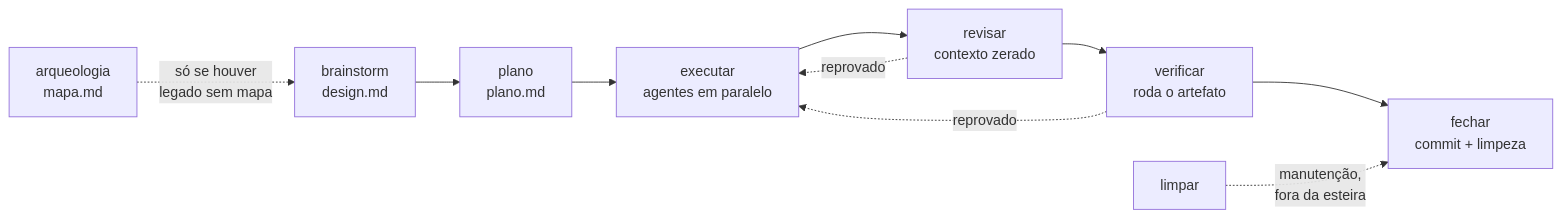
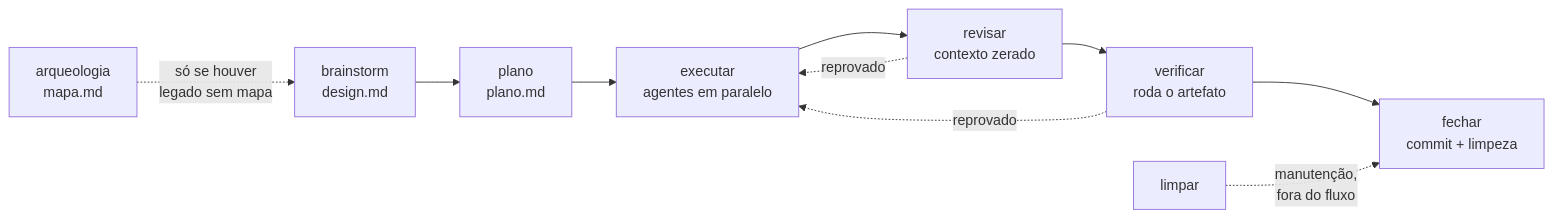
The first of 2 diagrams in README.md (luisfmontes/rainforest-mind), drawn with Mermaid before and after one commit. The commit also changed other lines of this file and 47 other files, not shown here.

````diff
--- a/README.md
+++ b/README.md
@@ -89,12 +89,12 @@
 ```mermaid
 flowchart LR
     A["arqueologia<br/>mapa.md"] -.->|"só se houver<br/>legado sem mapa"| B
     B["brainstorm<br/>design.md"] --> P["plano<br/>plano.md"]
     P --> E["executar<br/>agentes em paralelo"]
     E --> R["revisar<br/>contexto zerado"]
     R --> V["verificar<br/>roda o artefato"]
     V --> F["fechar<br/>commit + limpeza"]
     R -.->|"reprovado"| E
     V -.->|"reprovado"| E
-    L["limpar"] -.->|"manutenção,<br/>fora da esteira"| F
+    L["limpar"] -.->|"manutenção,<br/>fora do fluxo"| F
 ```
````
